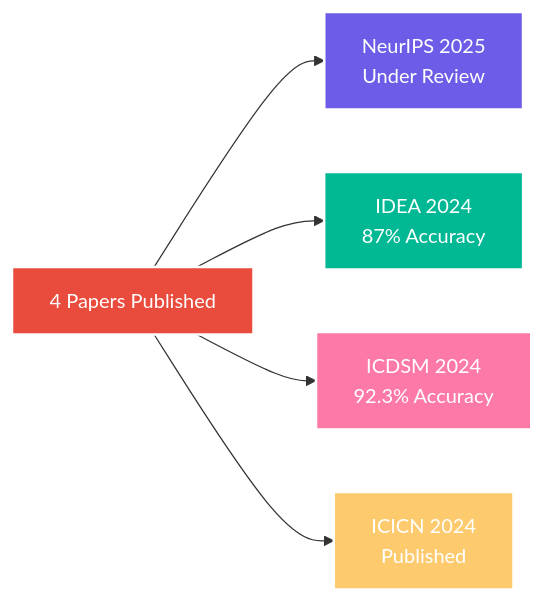
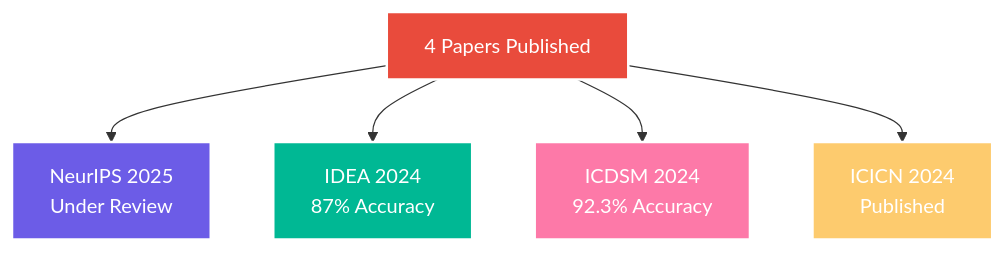
One commit to Krish0909/Krish0909 changed the diagram in README.md. Above: the diagram before and after it, drawn with Mermaid. The commit also changed other lines of this file, not shown here.

````diff
--- a/README.md
+++ b/README.md
@@ -163,13 +135,12 @@
 ```mermaid
-graph LR
+graph TD
     A[4 Papers Published] --> B[NeurIPS 2025<br/>Under Review]
     A --> C[IDEA 2024<br/>87% Accuracy]
     A --> D[ICDSM 2024<br/>92.3% Accuracy]
     A --> E[ICICN 2024<br/>Published]
-    
     style A fill:#E94B3C,stroke:#fff,stroke-width:2px,color:#fff
     style B fill:#6C5CE7,stroke:#fff,stroke-width:2px,color:#fff
     style C fill:#00B894,stroke:#fff,stroke-width:2px,color:#fff
     style D fill:#FD79A8,stroke:#fff,stroke-width:2px,color:#fff
     style E fill:#FDCB6E,stroke:#fff,stroke-width:2px,color:#fff
 ```
````
